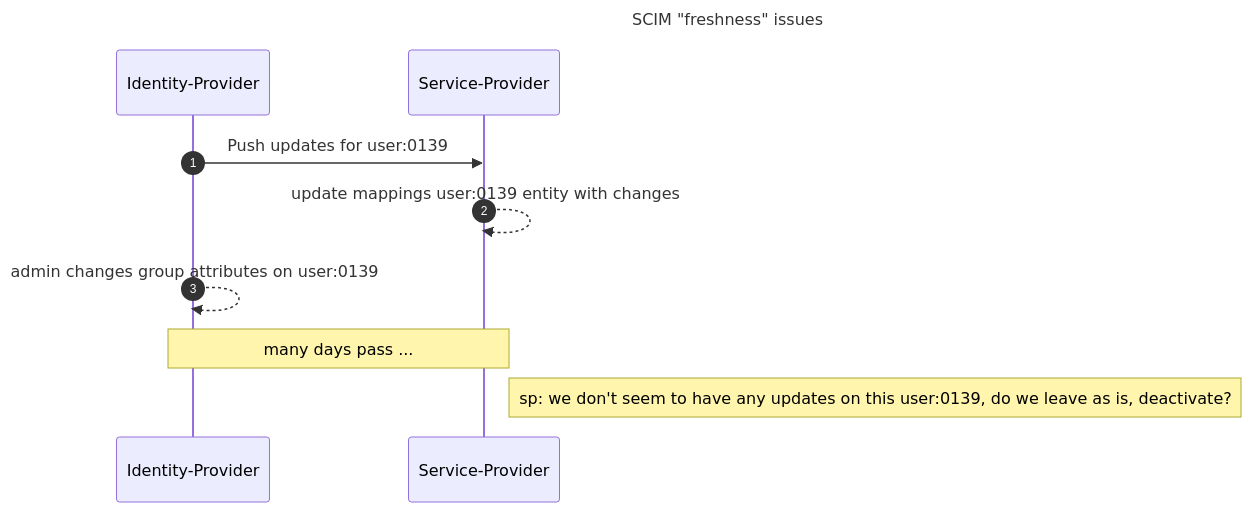
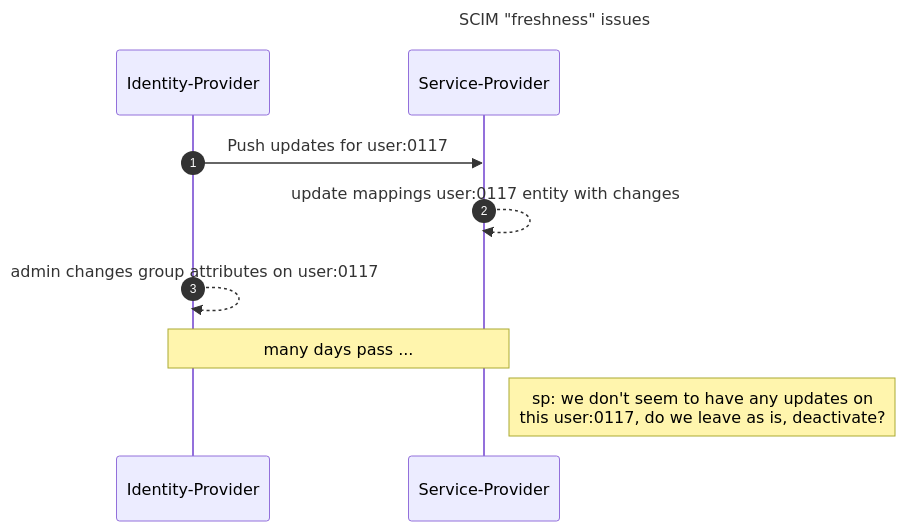
One commit to joekir/joekir.github.io changed the diagram in _posts/2024-03-14-saml-group-attributes-scim-and-others.md. Above: the diagram before and after it, drawn with Mermaid.

Commit message:
add newline in diagram

```diff
--- a/_posts/2024-03-14-saml-group-attributes-scim-and-others.md
+++ b/_posts/2024-03-14-saml-group-attributes-scim-and-others.md
@@ -39,14 +39,14 @@
 <div class="mermaid">
 sequenceDiagram
     title SCIM "freshness" issues
     participant idp as Identity-Provider
     participant sp as Service-Provider
 
     autonumber
     
-    idp ->> sp: Push updates for user:0139
-    sp -->> sp: update mappings user:0139 entity with changes
-    idp -->> idp: admin changes group attributes on user:0139
+    idp ->> sp: Push updates for user:0117
+    sp -->> sp: update mappings user:0117 entity with changes
+    idp -->> idp: admin changes group attributes on user:0117
     Note over idp,sp: many days pass ...
-    Note right of sp: sp: we don't seem to have any updates on this user:0139, do we leave as is, deactivate?
+    Note right of sp: sp: we don't seem to have any updates on <br/> this user:0117, do we leave as is, deactivate?
 </div>
```
